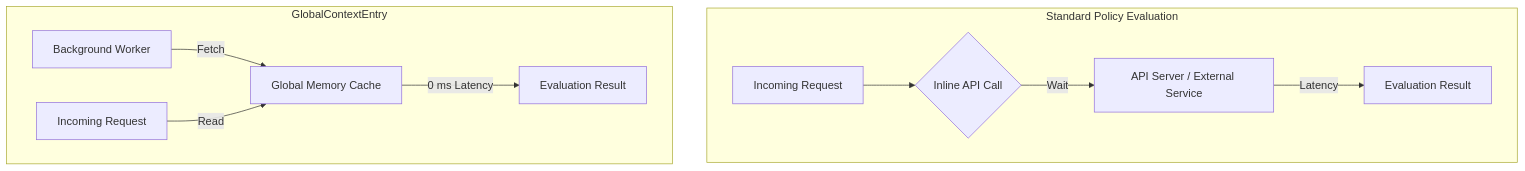
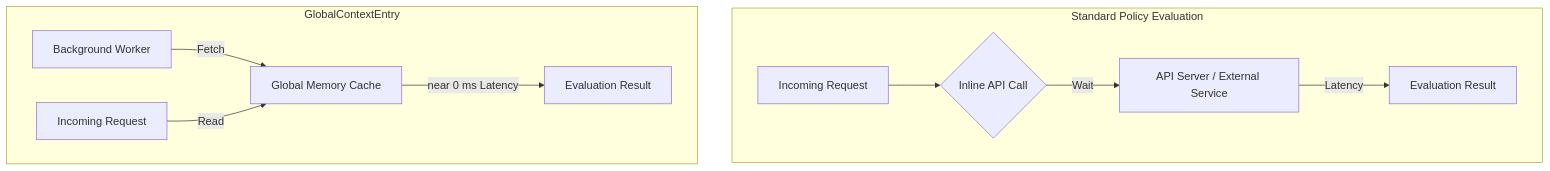
Before and after one commit to kyverno/kyverno: the diagram in docs/user/global-context-caching.md, drawn with Mermaid. The commit also changed other lines of this file, not shown here.

`````diff
--- a/docs/user/global-context-caching.md
+++ b/docs/user/global-context-caching.md
@@ -40,14 +39,14 @@
 ````mermaid
 graph TD
     subgraph "Standard Policy Evaluation"
         A[Incoming Request] --> B{Inline API Call}
         B -->|Wait| C[API Server / External Service]
         C -->|Latency| D[Evaluation Result]
     end
 
     subgraph "GlobalContextEntry"
         E[Background Worker] -->|Fetch| F[Global Memory Cache]
         G[Incoming Request] -->|Read| F
-        F -->|0 ms Latency| H[Evaluation Result]
+        F -->|near 0 ms Latency| H[Evaluation Result]
     end
 ````
`````
